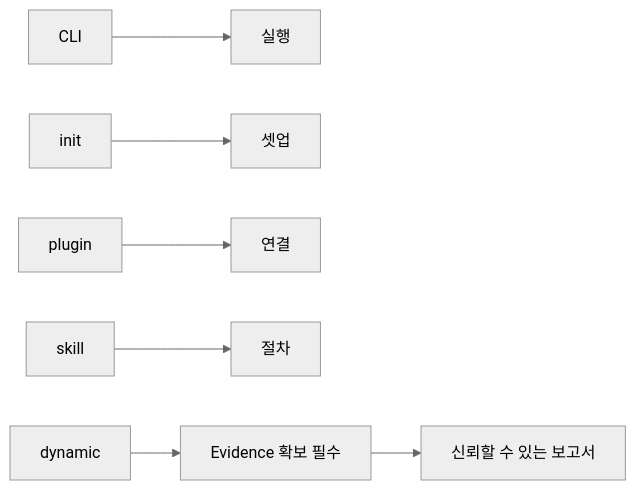
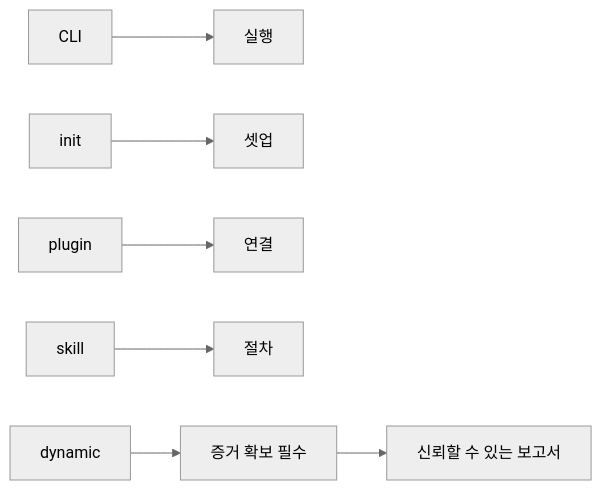
Diagram 19 of 19 in content/decks/codex-deeplink-audit-guide/source.md (koalav/present-anyything), drawn with Mermaid (neutral theme) before and after one commit. The commit also changed other lines of this file and 26 other files, not shown here.

````diff
--- a/content/decks/codex-deeplink-audit-guide/source.md
+++ b/content/decks/codex-deeplink-audit-guide/source.md
@@ -389,9 +389,9 @@
 ```mermaid
 flowchart LR
     A[CLI] --> B[실행]
     C[init] --> D[셋업]
     E[plugin] --> F[연결]
     G[skill] --> H[절차]
-    I[dynamic] --> J[Evidence 확보 필수]
+    I[dynamic] --> J[증거 확보 필수]
     J --> K[신뢰할 수 있는 보고서]
 ```
````
